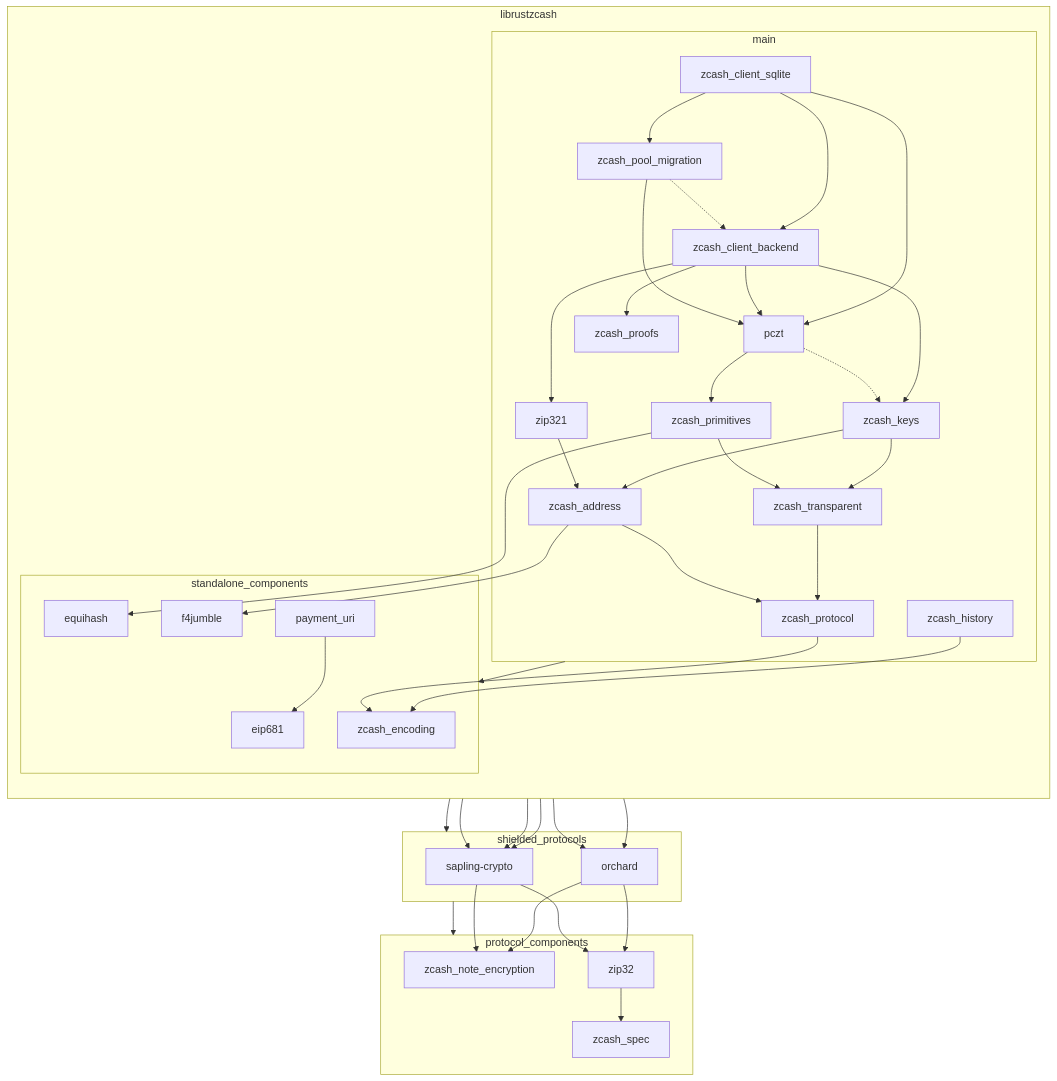
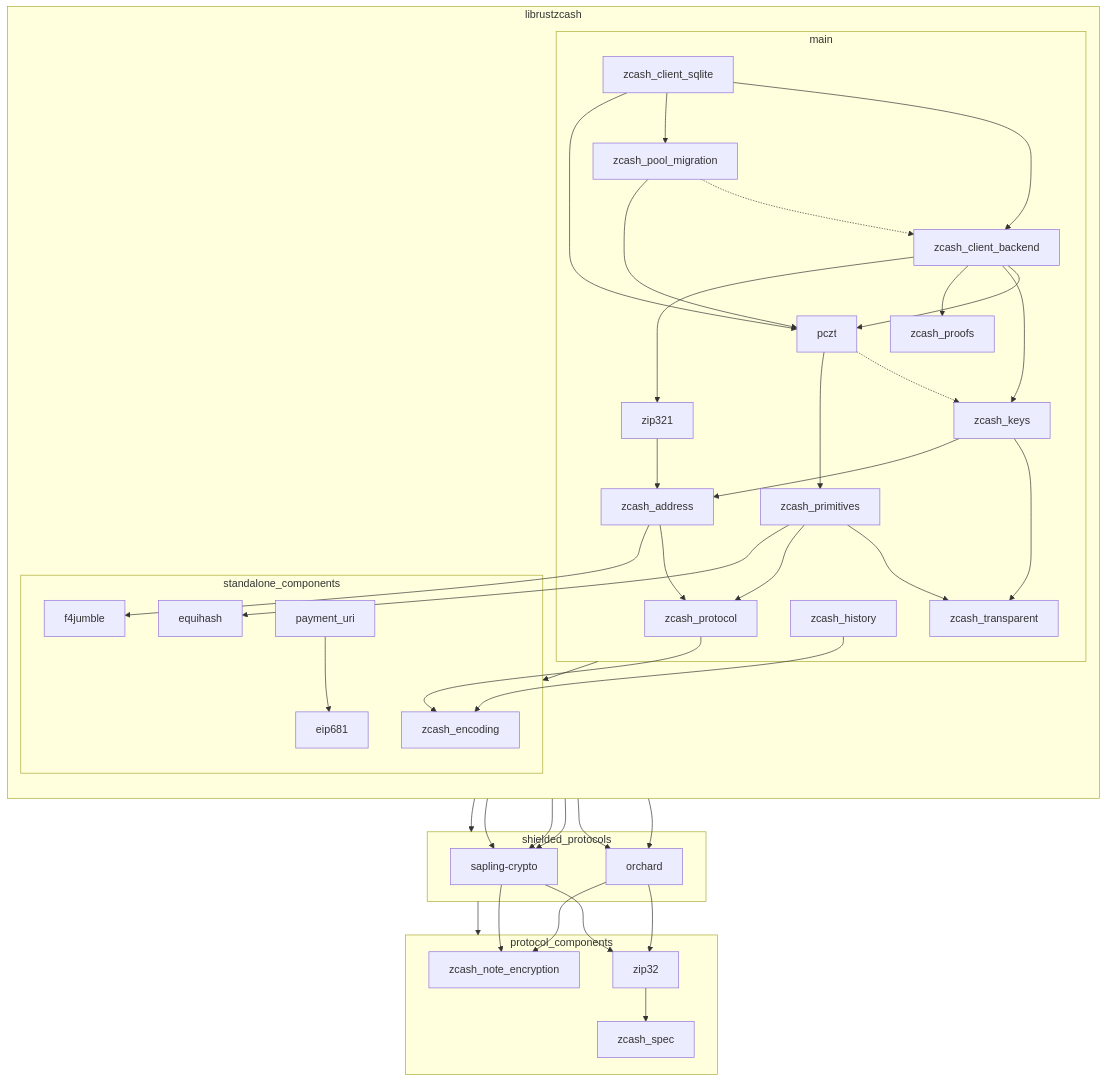
The diagram in README.md (zcash/librustzcash), drawn with Mermaid before and after one commit. The commit also changed 3 other files, not shown here.

First line of the commit message:
zcash_transparent: Remove the zcash_protocol dependency

```diff
--- a/README.md
+++ b/README.md
@@ -99,10 +99,9 @@
     %% zcash_client_sqlite --> zcash_address
     zip321 --> zcash_address
 
-    zcash_transparent --> zcash_protocol
     %% zcash_keys --> zcash_protocol
     %% zcash_client_sqlite --> zcash_protocol
-    %% zcash_primitives --> zcash_protocol
+    zcash_primitives --> zcash_protocol
     %% zcash_client_backend --> zcash_protocol
     %% pczt --> zcash_protocol
     zcash_address --> zcash_protocol
```
